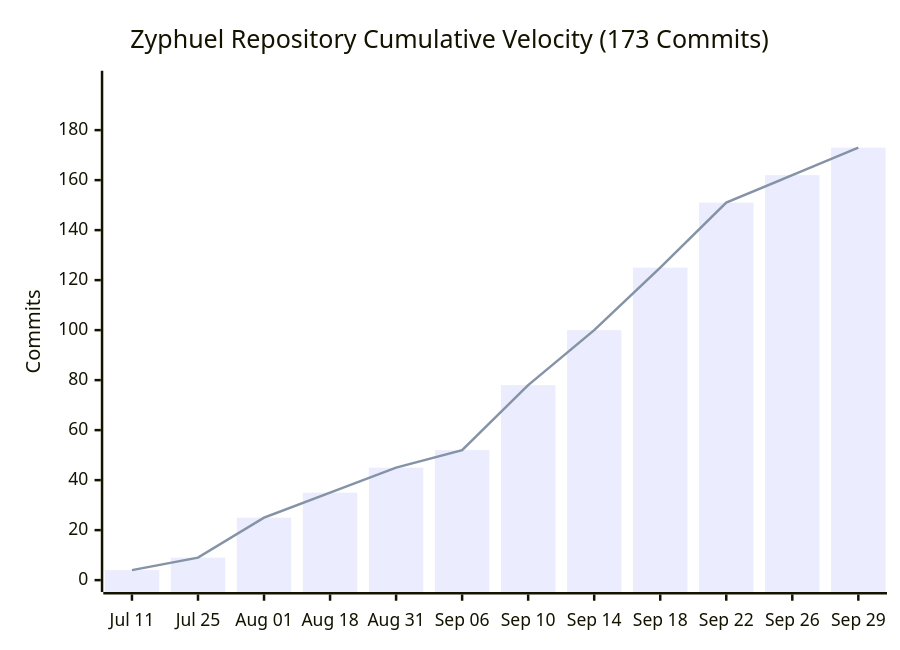
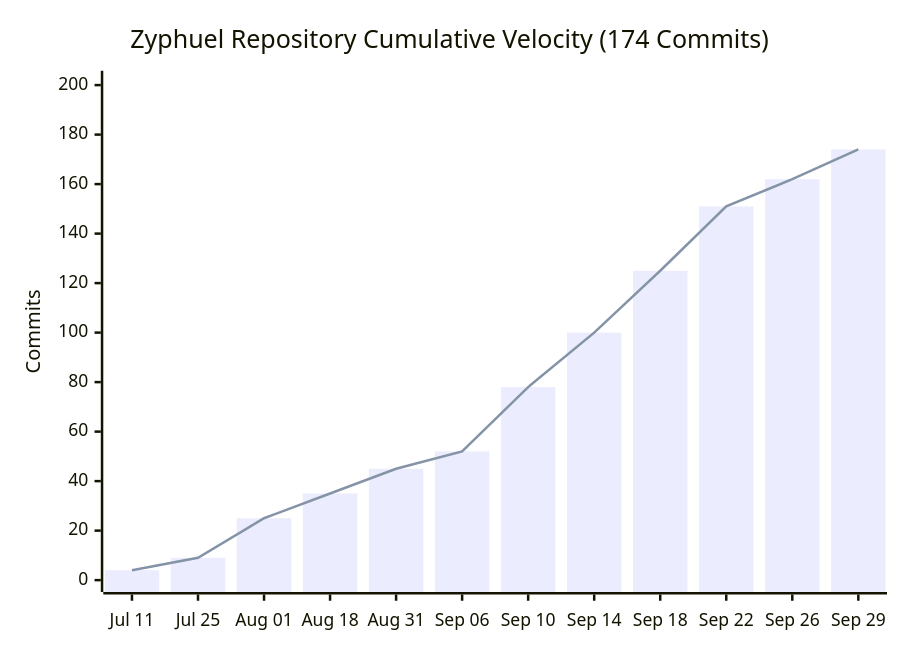
The diagram in README.md (daniyal44/Zyphuel), drawn with Mermaid before and after one commit. The commit also changed other lines of this file and 7 other files, not shown here.

Commit message:
chore(graph): auto-update github commit velocity graph [skip ci]

````diff
--- a/README.md
+++ b/README.md
@@ -155,8 +155,8 @@
 ```mermaid
 xychart-beta
-    title "Zyphuel Repository Cumulative Velocity (173 Commits)"
+    title "Zyphuel Repository Cumulative Velocity (174 Commits)"
     x-axis ["Jul 11", "Jul 25", "Aug 01", "Aug 18", "Aug 31", "Sep 06", "Sep 10", "Sep 14", "Sep 18", "Sep 22", "Sep 26", "Sep 29"]
-    y-axis "Commits" 0 --> 199
-    bar [4, 9, 25, 35, 45, 52, 78, 100, 125, 151, 162, 173]
-    line [4, 9, 25, 35, 45, 52, 78, 100, 125, 151, 162, 173]
+    y-axis "Commits" 0 --> 201
+    bar [4, 9, 25, 35, 45, 52, 78, 100, 125, 151, 162, 174]
+    line [4, 9, 25, 35, 45, 52, 78, 100, 125, 151, 162, 174]
 ```
````
